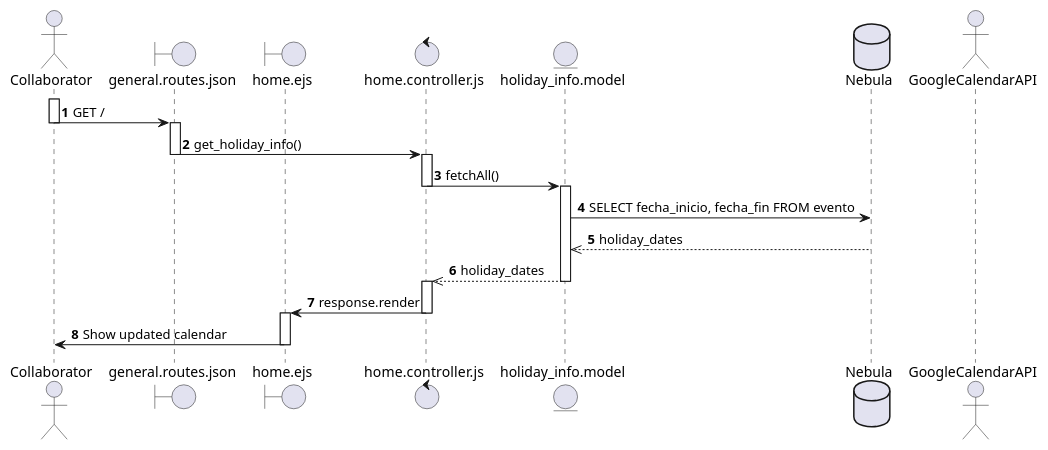
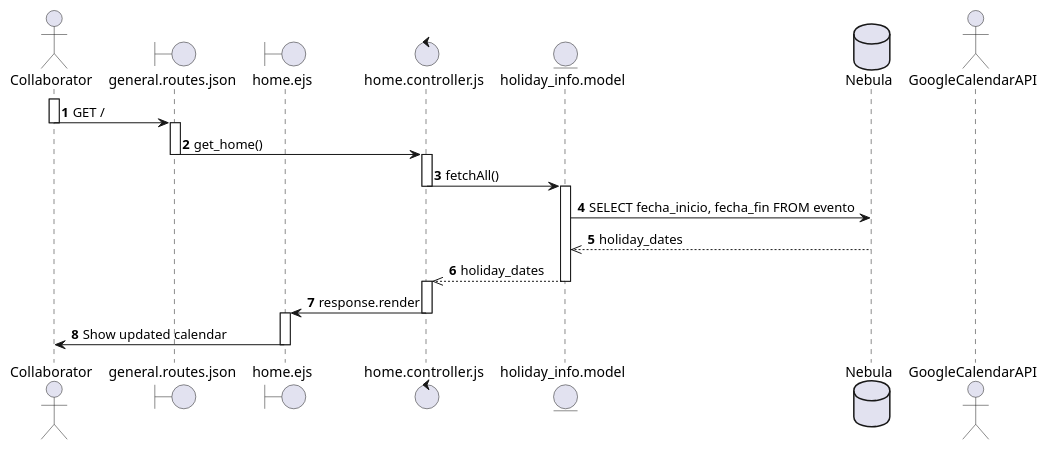
One commit to SALV19/Nebula_tc2005b changed the diagram in diagramas_secuencia/req_7.puml. Above: the diagram before and after it, drawn with PlantUML. The commit also changed 3 other files, not shown here.

```diff
--- a/diagramas_secuencia/req_7.puml
+++ b/diagramas_secuencia/req_7.puml
@@ -1,39 +1,39 @@
 @startuml REQ_7
 autonumber
 actor Collaborator as C 
 boundary general.routes.json as Route
 boundary home.ejs as home
 control home.controller.js as HController
 entity holiday_info.model as HModel
 database Nebula as db
 actor GoogleCalendarAPI as GoogleAPI
 
 ' --- Consultar días feriados desde la BD ---
 activate C
 C -> Route : GET /
 deactivate C 
 
 activate Route
-Route -> HController : get_holiday_info()
+Route -> HController : get_home()
 deactivate Route
 
 activate HController
 HController -> HModel : fetchAll()
 deactivate HController
 
 activate HModel 
 HModel -> db : SELECT fecha_inicio, fecha_fin FROM evento
 db -->> HModel : holiday_dates
 HModel -->> HController : holiday_dates
 deactivate HModel
 
 activate HController
 HController -> home : response.render
 deactivate HController
 
 ' --- Mostrar datos en Google Calendar (Frontend) ---
 activate home
 home -> C : Show updated calendar
 deactivate home
 
 @enduml
```
